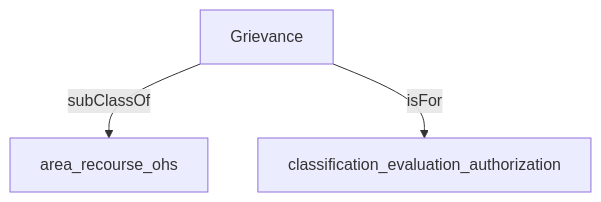
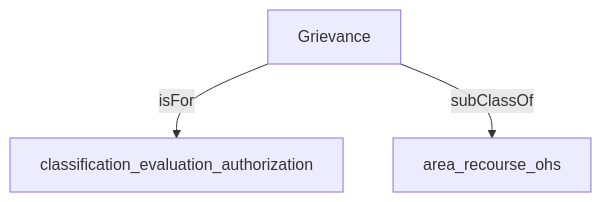
Before and after one commit to heidingaway/heidi2: the diagram in content/hr_data_model/grievance.md, drawn with Mermaid. The commit also changed other lines of this file and 350 other files, not shown here.

````diff
--- a/content/hr_data_model/grievance.md
+++ b/content/hr_data_model/grievance.md
@@ -19,8 +20,8 @@
 ```mermaid
 graph TD
   Grievance["Grievance"]:::current-page-node
   area_recourse_ohs["area_recourse_ohs"]
   classification_evaluation_authorization["classification_evaluation_authorization"]
+  Grievance-->|" isFor "|classification_evaluation_authorization
   Grievance-->|" subClassOf "|area_recourse_ohs
-  Grievance-->|" isFor "|classification_evaluation_authorization
 ```
````
